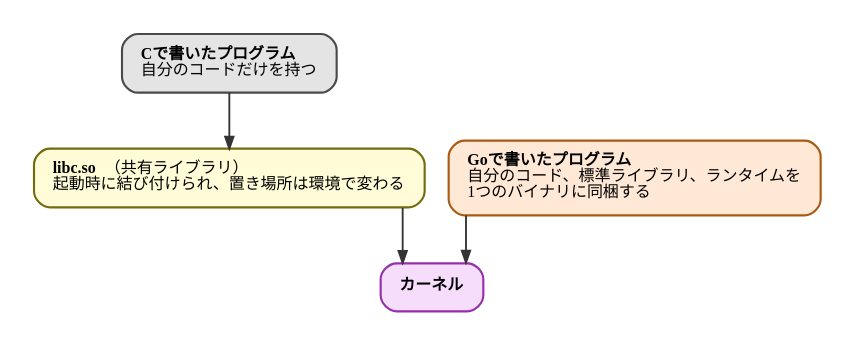
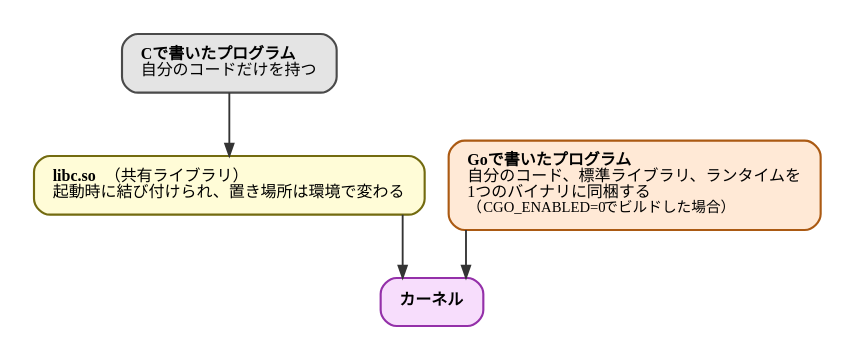
One commit to ymotongpoo/zenn.dev changed the diagram in diagrams/go-ebpf-primer/20260911-static-link.dot. Above: the diagram before and after it, drawn with Graphviz. The commit also changed 9 other files, not shown here.

```diff
--- a/diagrams/go-ebpf-primer/20260911-static-link.dot
+++ b/diagrams/go-ebpf-primer/20260911-static-link.dot
@@ -1,34 +1,34 @@
 // 静的リンクされたGoバイナリと動的リンク
 digraph static_link {
   graph [
     rankdir=TB, splines=ortho,
     fontname="IBM Plex Sans JP", fontsize=13,
     bgcolor="white", pad=0.25
   ];
   node [
     fontname="IBM Plex Sans JP", fontsize=12,
     shape=box, style="rounded,filled",
     fillcolor="#F1F1F1", color="#4A4A4A", penwidth=1.6,
     margin="0.2,0.14"
   ];
   edge [
     fontname="IBM Plex Sans JP", fontsize=11,
     color="#343434", penwidth=1.4, arrowsize=0.9,
     fontcolor="#171717"
   ];
 
   cprog [label=<<b>Cで書いたプログラム</b><br align="left"/>自分のコードだけを持つ<br align="left"/>>, fillcolor="#E4E4E4"];
   libc [label=<<font face="JetBrains Mono"><b>libc.so</b></font>（共有ライブラリ）<br align="left"/>起動時に結び付けられ、置き場所は環境で変わる<br align="left"/>>,
         fillcolor="#FFFCD7", color="#736B10"];
 
-  goprog [label=<<b>Goで書いたプログラム</b><br align="left"/>自分のコード、標準ライブラリ、ランタイムを<br align="left"/>1つのバイナリに同梱する<br align="left"/>>,
+  goprog [label=<<b>Goで書いたプログラム</b><br align="left"/>自分のコード、標準ライブラリ、ランタイムを<br align="left"/>1つのバイナリに同梱する<br align="left"/><font point-size="11">（<font face="JetBrains Mono">CGO_ENABLED=0</font> でビルドした場合）</font><br align="left"/>>,
           fillcolor="#FFE9D6", color="#AB5A13"];
 
   kernel [label=<<b>カーネル</b>>, fillcolor="#F7DDFC", color="#9430A9"];
 
   cprog -> libc;
   libc -> kernel;
   goprog -> kernel;
 
   { rank=same; libc; goprog; }
 }
```
